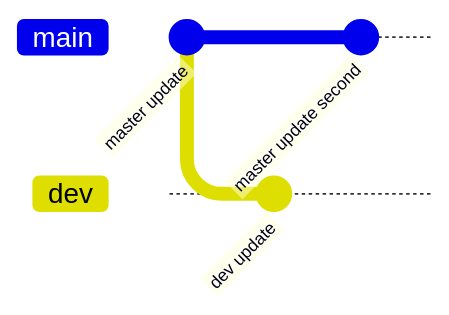
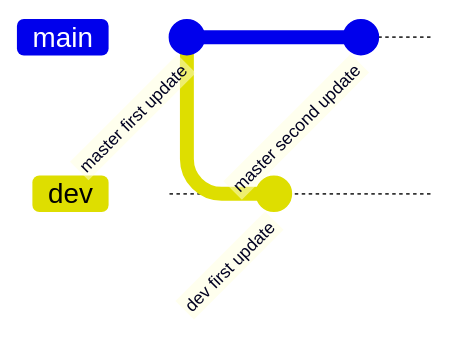
Before and after one commit to dmjcb/dmjcb.github.io: the eighth of 14 diagrams in _posts/software/git/2024-09-24-命令.md, drawn with Mermaid. The commit also changed other lines of this file and 138 other files, not shown here.

Commit message:
修改git博客图片

````diff
--- a/_posts/software/git/2024-09-24-命令.md
+++ b/_posts/software/git/2024-09-24-命令.md
@@ -486,9 +556,9 @@
 ```mermaid
 gitGraph
-    commit id: "master update"
+    commit id: "master first update"
     branch dev
     switch dev
-    commit id: "dev update"
+    commit id: "dev first update"
     switch main
-    commit id: "master update second"
+    commit id: "master second update"
 ```
````
